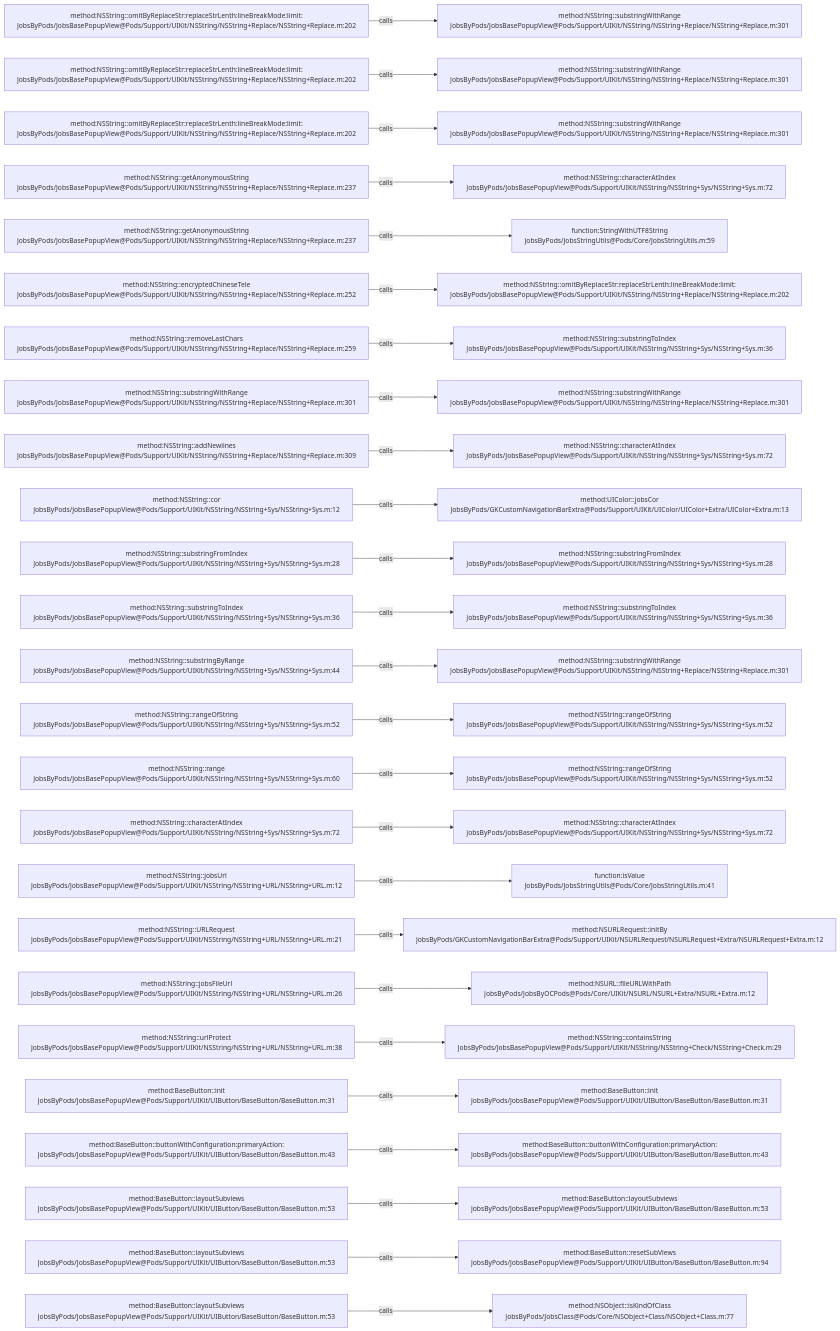
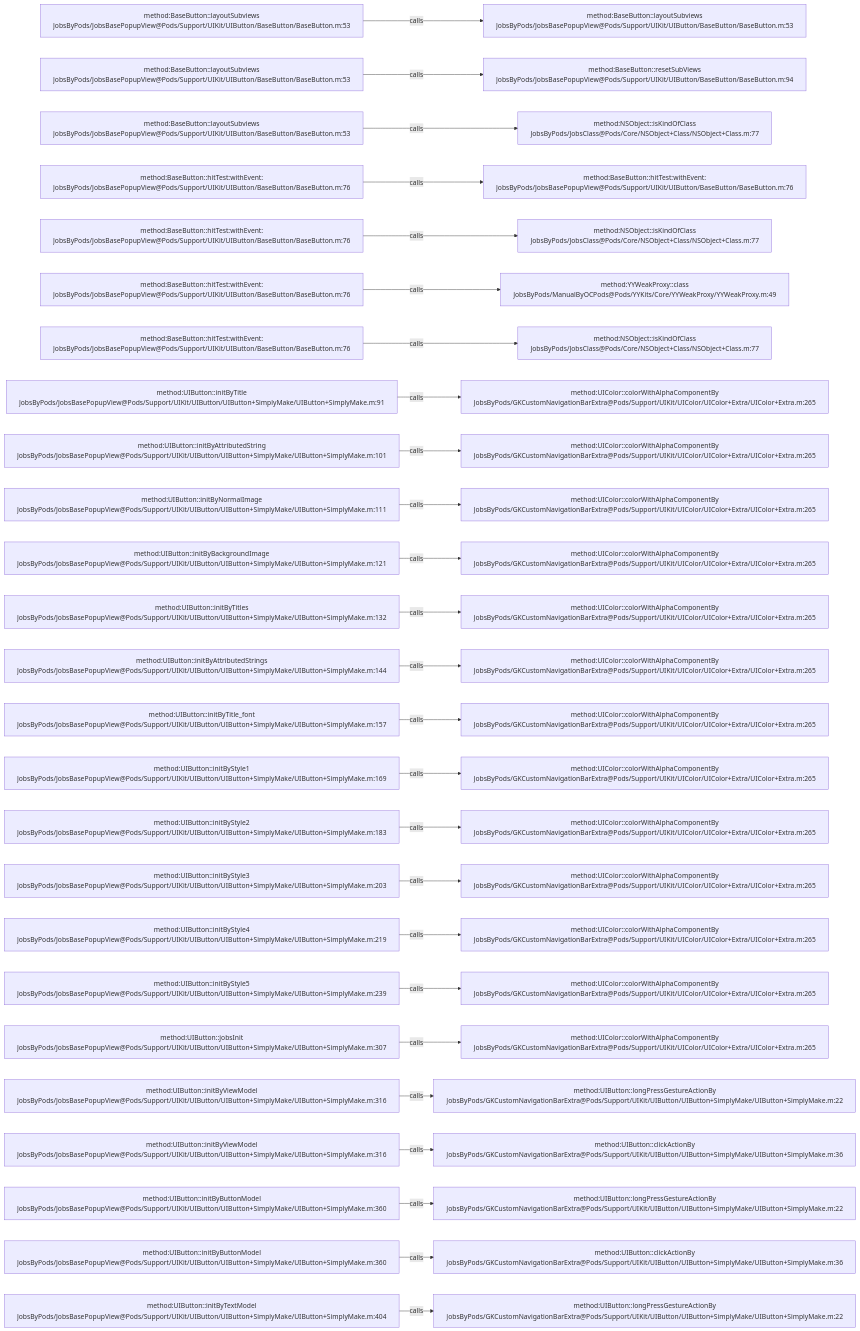
The diagram in .codegraph/codegraph.md/graphs/calls-022.md (JobsKits/JobsOCBaseConfigDemo), drawn with Mermaid before and after one commit. The commit also changed 639 other files, not shown here.

````diff
--- a/.codegraph/codegraph.md/graphs/calls-022.md
+++ b/.codegraph/codegraph.md/graphs/calls-022.md
@@ -13,78 +13,78 @@
 ```mermaid
 flowchart LR
-  S1["method:NSString::omitByReplaceStr:replaceStrLenth:lineBreakMode:limit:<br/>JobsByPods/JobsBasePopupView@Pods/Support/UIKit/NSString/NSString+Replace/NSString+Replace.m:202"]
-  T1["method:NSString::substringWithRange<br/>JobsByPods/JobsBasePopupView@Pods/Support/UIKit/NSString/NSString+Replace/NSString+Replace.m:301"]
+  S1["method:BaseButton::layoutSubviews<br/>JobsByPods/JobsBasePopupView@Pods/Support/UIKit/UIButton/BaseButton/BaseButton.m:53"]
+  T1["method:BaseButton::layoutSubviews<br/>JobsByPods/JobsBasePopupView@Pods/Support/UIKit/UIButton/BaseButton/BaseButton.m:53"]
   S1 -->|calls| T1
-  S2["method:NSString::omitByReplaceStr:replaceStrLenth:lineBreakMode:limit:<br/>JobsByPods/JobsBasePopupView@Pods/Support/UIKit/NSString/NSString+Replace/NSString+Replace.m:202"]
-  T2["method:NSString::substringWithRange<br/>JobsByPods/JobsBasePopupView@Pods/Support/UIKit/NSString/NSString+Replace/NSString+Replace.m:301"]
+  S2["method:BaseButton::layoutSubviews<br/>JobsByPods/JobsBasePopupView@Pods/Support/UIKit/UIButton/BaseButton/BaseButton.m:53"]
+  T2["method:BaseButton::resetSubViews<br/>JobsByPods/JobsBasePopupView@Pods/Support/UIKit/UIButton/BaseButton/BaseButton.m:94"]
   S2 -->|calls| T2
-  S3["method:NSString::omitByReplaceStr:replaceStrLenth:lineBreakMode:limit:<br/>JobsByPods/JobsBasePopupView@Pods/Support/UIKit/NSString/NSString+Replace/NSString+Replace.m:202"]
-  T3["method:NSString::substringWithRange<br/>JobsByPods/JobsBasePopupView@Pods/Support/UIKit/NSString/NSString+Replace/NSString+Replace.m:301"]
+  S3["method:BaseButton::layoutSubviews<br/>JobsByPods/JobsBasePopupView@Pods/Support/UIKit/UIButton/BaseButton/BaseButton.m:53"]
+  T3["method:NSObject::isKindOfClass<br/>JobsByPods/JobsClass@Pods/Core/NSObject+Class/NSObject+Class.m:77"]
   S3 -->|calls| T3
-  S4["method:NSString::getAnonymousString<br/>JobsByPods/JobsBasePopupView@Pods/Support/UIKit/NSString/NSString+Replace/NSString+Replace.m:237"]
-  T4["method:NSString::characterAtIndex<br/>JobsByPods/JobsBasePopupView@Pods/Support/UIKit/NSString/NSString+Sys/NSString+Sys.m:72"]
+  S4["method:BaseButton::hitTest:withEvent:<br/>JobsByPods/JobsBasePopupView@Pods/Support/UIKit/UIButton/BaseButton/BaseButton.m:76"]
+  T4["method:BaseButton::hitTest:withEvent:<br/>JobsByPods/JobsBasePopupView@Pods/Support/UIKit/UIButton/BaseButton/BaseButton.m:76"]
   S4 -->|calls| T4
-  S5["method:NSString::getAnonymousString<br/>JobsByPods/JobsBasePopupView@Pods/Support/UIKit/NSString/NSString+Replace/NSString+Replace.m:237"]
-  T5["function:StringWithUTF8String<br/>JobsByPods/JobsStringUtils@Pods/Core/JobsStringUtils.m:59"]
+  S5["method:BaseButton::hitTest:withEvent:<br/>JobsByPods/JobsBasePopupView@Pods/Support/UIKit/UIButton/BaseButton/BaseButton.m:76"]
+  T5["method:NSObject::isKindOfClass<br/>JobsByPods/JobsClass@Pods/Core/NSObject+Class/NSObject+Class.m:77"]
   S5 -->|calls| T5
-  S6["method:NSString::encryptedChineseTele<br/>JobsByPods/JobsBasePopupView@Pods/Support/UIKit/NSString/NSString+Replace/NSString+Replace.m:252"]
-  T6["method:NSString::omitByReplaceStr:replaceStrLenth:lineBreakMode:limit:<br/>JobsByPods/JobsBasePopupView@Pods/Support/UIKit/NSString/NSString+Replace/NSString+Replace.m:202"]
+  S6["method:BaseButton::hitTest:withEvent:<br/>JobsByPods/JobsBasePopupView@Pods/Support/UIKit/UIButton/BaseButton/BaseButton.m:76"]
+  T6["method:YYWeakProxy::class<br/>JobsByPods/ManualByOCPods@Pods/YYKits/Core/YYWeakProxy/YYWeakProxy.m:49"]
   S6 -->|calls| T6
-  S7["method:NSString::removeLastChars<br/>JobsByPods/JobsBasePopupView@Pods/Support/UIKit/NSString/NSString+Replace/NSString+Replace.m:259"]
-  T7["method:NSString::substringToIndex<br/>JobsByPods/JobsBasePopupView@Pods/Support/UIKit/NSString/NSString+Sys/NSString+Sys.m:36"]
+  S7["method:BaseButton::hitTest:withEvent:<br/>JobsByPods/JobsBasePopupView@Pods/Support/UIKit/UIButton/BaseButton/BaseButton.m:76"]
+  T7["method:NSObject::isKindOfClass<br/>JobsByPods/JobsClass@Pods/Core/NSObject+Class/NSObject+Class.m:77"]
   S7 -->|calls| T7
-  S8["method:NSString::substringWithRange<br/>JobsByPods/JobsBasePopupView@Pods/Support/UIKit/NSString/NSString+Replace/NSString+Replace.m:301"]
-  T8["method:NSString::substringWithRange<br/>JobsByPods/JobsBasePopupView@Pods/Support/UIKit/NSString/NSString+Replace/NSString+Replace.m:301"]
+  S8["method:UIButton::initByTitle<br/>JobsByPods/JobsBasePopupView@Pods/Support/UIKit/UIButton/UIButton+SimplyMake/UIButton+SimplyMake.m:91"]
+  T8["method:UIColor::colorWithAlphaComponentBy<br/>JobsByPods/GKCustomNavigationBarExtra@Pods/Support/UIKit/UIColor/UIColor+Extra/UIColor+Extra.m:265"]
   S8 -->|calls| T8
-  S9["method:NSString::addNewlines<br/>JobsByPods/JobsBasePopupView@Pods/Support/UIKit/NSString/NSString+Replace/NSString+Replace.m:309"]
-  T9["method:NSString::characterAtIndex<br/>JobsByPods/JobsBasePopupView@Pods/Support/UIKit/NSString/NSString+Sys/NSString+Sys.m:72"]
+  S9["method:UIButton::initByAttributedString<br/>JobsByPods/JobsBasePopupView@Pods/Support/UIKit/UIButton/UIButton+SimplyMake/UIButton+SimplyMake.m:101"]
+  T9["method:UIColor::colorWithAlphaComponentBy<br/>JobsByPods/GKCustomNavigationBarExtra@Pods/Support/UIKit/UIColor/UIColor+Extra/UIColor+Extra.m:265"]
   S9 -->|calls| T9
-  S10["method:NSString::cor<br/>JobsByPods/JobsBasePopupView@Pods/Support/UIKit/NSString/NSString+Sys/NSString+Sys.m:12"]
-  T10["method:UIColor::jobsCor<br/>JobsByPods/GKCustomNavigationBarExtra@Pods/Support/UIKit/UIColor/UIColor+Extra/UIColor+Extra.m:13"]
+  S10["method:UIButton::initByNormalImage<br/>JobsByPods/JobsBasePopupView@Pods/Support/UIKit/UIButton/UIButton+SimplyMake/UIButton+SimplyMake.m:111"]
+  T10["method:UIColor::colorWithAlphaComponentBy<br/>JobsByPods/GKCustomNavigationBarExtra@Pods/Support/UIKit/UIColor/UIColor+Extra/UIColor+Extra.m:265"]
   S10 -->|calls| T10
-  S11["method:NSString::substringFromIndex<br/>JobsByPods/JobsBasePopupView@Pods/Support/UIKit/NSString/NSString+Sys/NSString+Sys.m:28"]
-  T11["method:NSString::substringFromIndex<br/>JobsByPods/JobsBasePopupView@Pods/Support/UIKit/NSString/NSString+Sys/NSString+Sys.m:28"]
+  S11["method:UIButton::initByBackgroundImage<br/>JobsByPods/JobsBasePopupView@Pods/Support/UIKit/UIButton/UIButton+SimplyMake/UIButton+SimplyMake.m:121"]
+  T11["method:UIColor::colorWithAlphaComponentBy<br/>JobsByPods/GKCustomNavigationBarExtra@Pods/Support/UIKit/UIColor/UIColor+Extra/UIColor+Extra.m:265"]
   S11 -->|calls| T11
-  S12["method:NSString::substringToIndex<br/>JobsByPods/JobsBasePopupView@Pods/Support/UIKit/NSString/NSString+Sys/NSString+Sys.m:36"]
-  T12["method:NSString::substringToIndex<br/>JobsByPods/JobsBasePopupView@Pods/Support/UIKit/NSString/NSString+Sys/NSString+Sys.m:36"]
+  S12["method:UIButton::initByTitles<br/>JobsByPods/JobsBasePopupView@Pods/Support/UIKit/UIButton/UIButton+SimplyMake/UIButton+SimplyMake.m:132"]
+  T12["method:UIColor::colorWithAlphaComponentBy<br/>JobsByPods/GKCustomNavigationBarExtra@Pods/Support/UIKit/UIColor/UIColor+Extra/UIColor+Extra.m:265"]
   S12 -->|calls| T12
-  S13["method:NSString::substringByRange<br/>JobsByPods/JobsBasePopupView@Pods/Support/UIKit/NSString/NSString+Sys/NSString+Sys.m:44"]
-  T13["method:NSString::substringWithRange<br/>JobsByPods/JobsBasePopupView@Pods/Support/UIKit/NSString/NSString+Replace/NSString+Replace.m:301"]
+  S13["method:UIButton::initByAttributedStrings<br/>JobsByPods/JobsBasePopupView@Pods/Support/UIKit/UIButton/UIButton+SimplyMake/UIButton+SimplyMake.m:144"]
+  T13["method:UIColor::colorWithAlphaComponentBy<br/>JobsByPods/GKCustomNavigationBarExtra@Pods/Support/UIKit/UIColor/UIColor+Extra/UIColor+Extra.m:265"]
   S13 -->|calls| T13
-  S14["method:NSString::rangeOfString<br/>JobsByPods/JobsBasePopupView@Pods/Support/UIKit/NSString/NSString+Sys/NSString+Sys.m:52"]
-  T14["method:NSString::rangeOfString<br/>JobsByPods/JobsBasePopupView@Pods/Support/UIKit/NSString/NSString+Sys/NSString+Sys.m:52"]
+  S14["method:UIButton::initByTitle_font<br/>JobsByPods/JobsBasePopupView@Pods/Support/UIKit/UIButton/UIButton+SimplyMake/UIButton+SimplyMake.m:157"]
+  T14["method:UIColor::colorWithAlphaComponentBy<br/>JobsByPods/GKCustomNavigationBarExtra@Pods/Support/UIKit/UIColor/UIColor+Extra/UIColor+Extra.m:265"]
   S14 -->|calls| T14
-  S15["method:NSString::range<br/>JobsByPods/JobsBasePopupView@Pods/Support/UIKit/NSString/NSString+Sys/NSString+Sys.m:60"]
-  T15["method:NSString::rangeOfString<br/>JobsByPods/JobsBasePopupView@Pods/Support/UIKit/NSString/NSString+Sys/NSString+Sys.m:52"]
+  S15["method:UIButton::initByStyle1<br/>JobsByPods/JobsBasePopupView@Pods/Support/UIKit/UIButton/UIButton+SimplyMake/UIButton+SimplyMake.m:169"]
+  T15["method:UIColor::colorWithAlphaComponentBy<br/>JobsByPods/GKCustomNavigationBarExtra@Pods/Support/UIKit/UIColor/UIColor+Extra/UIColor+Extra.m:265"]
   S15 -->|calls| T15
-  S16["method:NSString::characterAtIndex<br/>JobsByPods/JobsBasePopupView@Pods/Support/UIKit/NSString/NSString+Sys/NSString+Sys.m:72"]
-  T16["method:NSString::characterAtIndex<br/>JobsByPods/JobsBasePopupView@Pods/Support/UIKit/NSString/NSString+Sys/NSString+Sys.m:72"]
+  S16["method:UIButton::initByStyle2<br/>JobsByPods/JobsBasePopupView@Pods/Support/UIKit/UIButton/UIButton+SimplyMake/UIButton+SimplyMake.m:183"]
+  T16["method:UIColor::colorWithAlphaComponentBy<br/>JobsByPods/GKCustomNavigationBarExtra@Pods/Support/UIKit/UIColor/UIColor+Extra/UIColor+Extra.m:265"]
   S16 -->|calls| T16
-  S17["method:NSString::jobsUrl<br/>JobsByPods/JobsBasePopupView@Pods/Support/UIKit/NSString/NSString+URL/NSString+URL.m:12"]
-  T17["function:isValue<br/>JobsByPods/JobsStringUtils@Pods/Core/JobsStringUtils.m:41"]
+  S17["method:UIButton::initByStyle3<br/>JobsByPods/JobsBasePopupView@Pods/Support/UIKit/UIButton/UIButton+SimplyMake/UIButton+SimplyMake.m:203"]
+  T17["method:UIColor::colorWithAlphaComponentBy<br/>JobsByPods/GKCustomNavigationBarExtra@Pods/Support/UIKit/UIColor/UIColor+Extra/UIColor+Extra.m:265"]
   S17 -->|calls| T17
-  S18["method:NSString::URLRequest<br/>JobsByPods/JobsBasePopupView@Pods/Support/UIKit/NSString/NSString+URL/NSString+URL.m:21"]
-  T18["method:NSURLRequest::initBy<br/>JobsByPods/GKCustomNavigationBarExtra@Pods/Support/UIKit/NSURLRequest/NSURLRequest+Extra/NSURLRequest+Extra.m:12"]
+  S18["method:UIButton::initByStyle4<br/>JobsByPods/JobsBasePopupView@Pods/Support/UIKit/UIButton/UIButton+SimplyMake/UIButton+SimplyMake.m:219"]
+  T18["method:UIColor::colorWithAlphaComponentBy<br/>JobsByPods/GKCustomNavigationBarExtra@Pods/Support/UIKit/UIColor/UIColor+Extra/UIColor+Extra.m:265"]
   S18 -->|calls| T18
-  S19["method:NSString::jobsFileUrl<br/>JobsByPods/JobsBasePopupView@Pods/Support/UIKit/NSString/NSString+URL/NSString+URL.m:26"]
-  T19["method:NSURL::fileURLWithPath<br/>JobsByPods/JobsByOCPods@Pods/Core/UIKit/NSURL/NSURL+Extra/NSURL+Extra.m:12"]
+  S19["method:UIButton::initByStyle5<br/>JobsByPods/JobsBasePopupView@Pods/Support/UIKit/UIButton/UIButton+SimplyMake/UIButton+SimplyMake.m:239"]
+  T19["method:UIColor::colorWithAlphaComponentBy<br/>JobsByPods/GKCustomNavigationBarExtra@Pods/Support/UIKit/UIColor/UIColor+Extra/UIColor+Extra.m:265"]
   S19 -->|calls| T19
-  S20["method:NSString::urlProtect<br/>JobsByPods/JobsBasePopupView@Pods/Support/UIKit/NSString/NSString+URL/NSString+URL.m:38"]
-  T20["method:NSString::containsString<br/>JobsByPods/JobsBasePopupView@Pods/Support/UIKit/NSString/NSString+Check/NSString+Check.m:29"]
+  S20["method:UIButton::jobsInit<br/>JobsByPods/JobsBasePopupView@Pods/Support/UIKit/UIButton/UIButton+SimplyMake/UIButton+SimplyMake.m:307"]
+  T20["method:UIColor::colorWithAlphaComponentBy<br/>JobsByPods/GKCustomNavigationBarExtra@Pods/Support/UIKit/UIColor/UIColor+Extra/UIColor+Extra.m:265"]
   S20 -->|calls| T20
-  S21["method:BaseButton::init<br/>JobsByPods/JobsBasePopupView@Pods/Support/UIKit/UIButton/BaseButton/BaseButton.m:31"]
-  T21["method:BaseButton::init<br/>JobsByPods/JobsBasePopupView@Pods/Support/UIKit/UIButton/BaseButton/BaseButton.m:31"]
+  S21["method:UIButton::initByViewModel<br/>JobsByPods/JobsBasePopupView@Pods/Support/UIKit/UIButton/UIButton+SimplyMake/UIButton+SimplyMake.m:316"]
+  T21["method:UIButton::longPressGestureActionBy<br/>JobsByPods/GKCustomNavigationBarExtra@Pods/Support/UIKit/UIButton/UIButton+SimplyMake/UIButton+SimplyMake.m:22"]
   S21 -->|calls| T21
-  S22["method:BaseButton::buttonWithConfiguration:primaryAction:<br/>JobsByPods/JobsBasePopupView@Pods/Support/UIKit/UIButton/BaseButton/BaseButton.m:43"]
-  T22["method:BaseButton::buttonWithConfiguration:primaryAction:<br/>JobsByPods/JobsBasePopupView@Pods/Support/UIKit/UIButton/BaseButton/BaseButton.m:43"]
+  S22["method:UIButton::initByViewModel<br/>JobsByPods/JobsBasePopupView@Pods/Support/UIKit/UIButton/UIButton+SimplyMake/UIButton+SimplyMake.m:316"]
+  T22["method:UIButton::clickActionBy<br/>JobsByPods/GKCustomNavigationBarExtra@Pods/Support/UIKit/UIButton/UIButton+SimplyMake/UIButton+SimplyMake.m:36"]
   S22 -->|calls| T22
-  S23["method:BaseButton::layoutSubviews<br/>JobsByPods/JobsBasePopupView@Pods/Support/UIKit/UIButton/BaseButton/BaseButton.m:53"]
-  T23["method:BaseButton::layoutSubviews<br/>JobsByPods/JobsBasePopupView@Pods/Support/UIKit/UIButton/BaseButton/BaseButton.m:53"]
+  S23["method:UIButton::initByButtonModel<br/>JobsByPods/JobsBasePopupView@Pods/Support/UIKit/UIButton/UIButton+SimplyMake/UIButton+SimplyMake.m:360"]
+  T23["method:UIButton::longPressGestureActionBy<br/>JobsByPods/GKCustomNavigationBarExtra@Pods/Support/UIKit/UIButton/UIButton+SimplyMake/UIButton+SimplyMake.m:22"]
   S23 -->|calls| T23
-  S24["method:BaseButton::layoutSubviews<br/>JobsByPods/JobsBasePopupView@Pods/Support/UIKit/UIButton/BaseButton/BaseButton.m:53"]
-  T24["method:BaseButton::resetSubViews<br/>JobsByPods/JobsBasePopupView@Pods/Support/UIKit/UIButton/BaseButton/BaseButton.m:94"]
+  S24["method:UIButton::initByButtonModel<br/>JobsByPods/JobsBasePopupView@Pods/Support/UIKit/UIButton/UIButton+SimplyMake/UIButton+SimplyMake.m:360"]
+  T24["method:UIButton::clickActionBy<br/>JobsByPods/GKCustomNavigationBarExtra@Pods/Support/UIKit/UIButton/UIButton+SimplyMake/UIButton+SimplyMake.m:36"]
   S24 -->|calls| T24
-  S25["method:BaseButton::layoutSubviews<br/>JobsByPods/JobsBasePopupView@Pods/Support/UIKit/UIButton/BaseButton/BaseButton.m:53"]
-  T25["method:NSObject::isKindOfClass<br/>JobsByPods/JobsClass@Pods/Core/NSObject+Class/NSObject+Class.m:77"]
+  S25["method:UIButton::initByTextModel<br/>JobsByPods/JobsBasePopupView@Pods/Support/UIKit/UIButton/UIButton+SimplyMake/UIButton+SimplyMake.m:404"]
+  T25["method:UIButton::longPressGestureActionBy<br/>JobsByPods/GKCustomNavigationBarExtra@Pods/Support/UIKit/UIButton/UIButton+SimplyMake/UIButton+SimplyMake.m:22"]
   S25 -->|calls| T25
 ```
````
